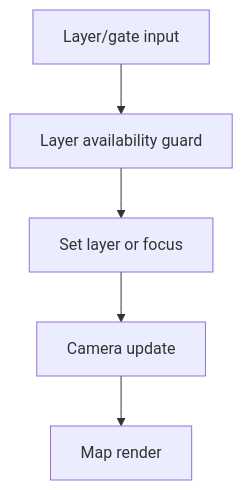
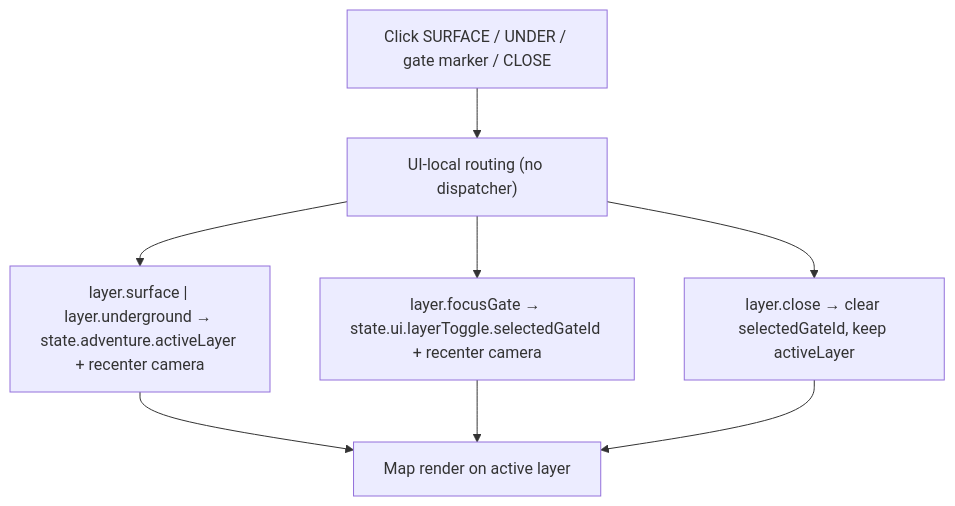
The third of 5 diagrams in docs/architecture/wiki/screens/15-underground-toggle/architecture.md (SunaNoOshiro/Heroes_Reforged_AI_Realms), drawn with Mermaid before and after one commit. The commit also changed other lines of this file and 518 other files, not shown here.

First line of the commit message:
Add doc-audit skill and sweep architecture/screen docs

````diff
--- a/docs/architecture/wiki/screens/15-underground-toggle/architecture.md
+++ b/docs/architecture/wiki/screens/15-underground-toggle/architecture.md
@@ -42,8 +52,9 @@
 ```mermaid
 flowchart TD
-  I0["Layer/gate input"] --> I1
-  I1["Layer availability guard"] --> I2
-  I2["Set layer or focus"] --> I3
-  I3["Camera update"] --> I4
-  I4["Map render"]
+  I0["Click SURFACE / UNDER / gate marker / CLOSE"] --> I1
+  I1["UI-local routing (no dispatcher)"] --> I2
+  I2["layer.surface | layer.underground → state.adventure.activeLayer + recenter camera"] --> I5
+  I1 --> I3["layer.focusGate → state.ui.layerToggle.selectedGateId + recenter camera"] --> I5
+  I1 --> I4["layer.close → clear selectedGateId, keep activeLayer"] --> I5
+  I5["Map render on active layer"]
 ```
````
